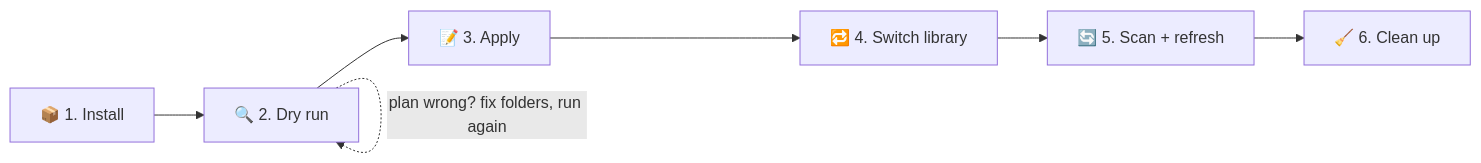
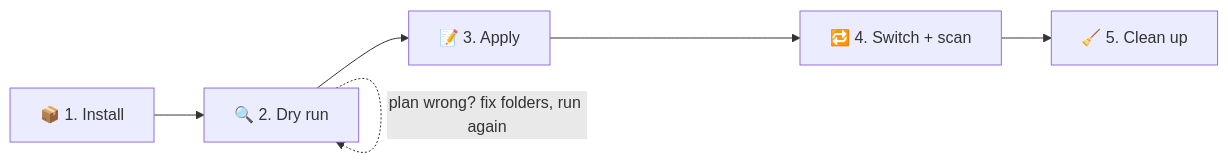
The second of 3 diagrams in MIGRATION.md (KurtzPT/kizuna), drawn with Mermaid before and after one commit. The commit also changed other lines of this file and 4 other files, not shown here.

````diff
--- a/MIGRATION.md
+++ b/MIGRATION.md
@@ -75,5 +76,5 @@
 ```mermaid
 flowchart LR
-    A["📦 1. Install"] --> B["🔍 2. Dry run"] --> C["📝 3. Apply"] --> D["🔁 4. Switch library"] --> E["🔄 5. Scan + refresh"] --> F["🧹 6. Clean up"]
+    A["📦 1. Install"] --> B["🔍 2. Dry run"] --> C["📝 3. Apply"] --> D["🔁 4. Switch + scan"] --> F["🧹 5. Clean up"]
     B -. "plan wrong? fix folders, run again" .-> B
 ```
````
